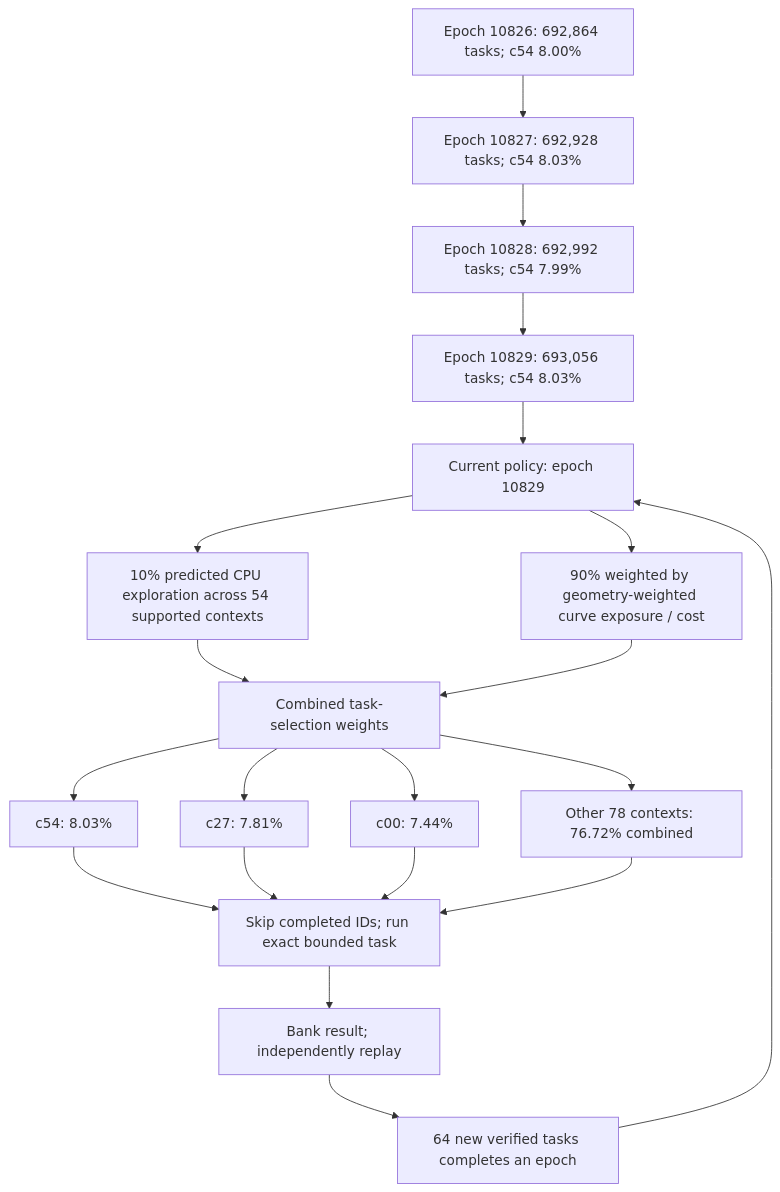
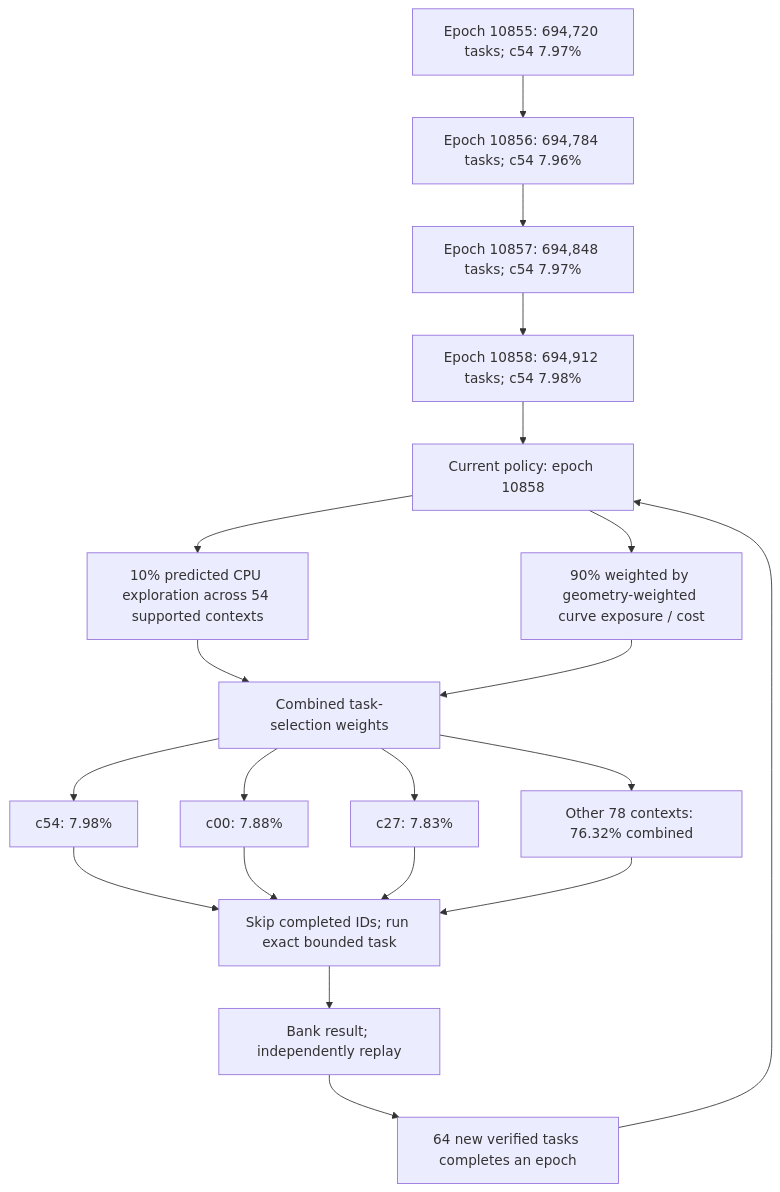
Before and after one commit to Kuberwastaken/math-gambling: the first of 4 diagrams in README.md, drawn with Mermaid. The commit also changed other lines of this file and 4732 other files, not shown here.

````diff
--- a/README.md
+++ b/README.md
@@ -60,27 +60,27 @@
 ```mermaid
 flowchart TD
-    H0["Epoch 10826: 692,864 tasks; c54 8.00%"]
-    H1["Epoch 10827: 692,928 tasks; c54 8.03%"]
+    H0["Epoch 10855: 694,720 tasks; c54 7.97%"]
+    H1["Epoch 10856: 694,784 tasks; c54 7.96%"]
     H0 --> H1
-    H2["Epoch 10828: 692,992 tasks; c54 7.99%"]
+    H2["Epoch 10857: 694,848 tasks; c54 7.97%"]
     H1 --> H2
-    H3["Epoch 10829: 693,056 tasks; c54 8.03%"]
+    H3["Epoch 10858: 694,912 tasks; c54 7.98%"]
     H2 --> H3
-    Policy["Current policy: epoch 10829"]
+    Policy["Current policy: epoch 10858"]
     H3 --> Policy
     Policy --> Explore["10% predicted CPU exploration across 54 supported contexts"]
     Policy --> Cost["90% weighted by geometry-weighted curve exposure / cost"]
     Explore --> Mix["Combined task-selection weights"]
     Cost --> Mix
-    Mix --> C0["c54: 8.03%"]
-    Mix --> C1["c27: 7.81%"]
-    Mix --> C2["c00: 7.44%"]
-    Mix --> Rest["Other 78 contexts: 76.72% combined"]
+    Mix --> C0["c54: 7.98%"]
+    Mix --> C1["c00: 7.88%"]
+    Mix --> C2["c27: 7.83%"]
+    Mix --> Rest["Other 78 contexts: 76.32% combined"]
     C0 --> Check["Skip completed IDs; run exact bounded task"]
     C1 --> Check
     C2 --> Check
     Rest --> Check
     Check --> Replay["Bank result; independently replay"]
     Replay --> Gate["64 new verified tasks completes an epoch"]
     Gate --> Policy
 ```
````
